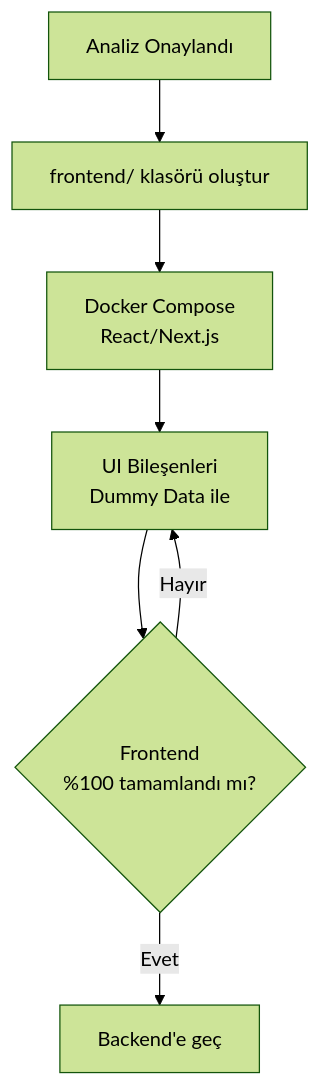
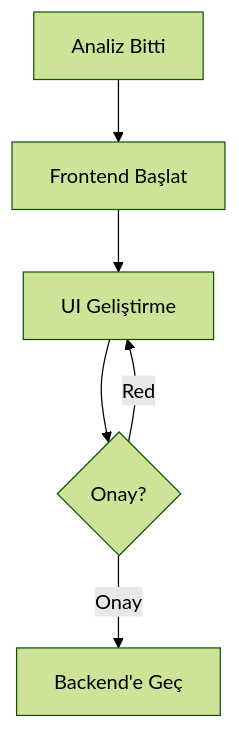
Before and after one commit to atifertugrul-kan/havsan-ai-coding-mimari-app: the second of 3 diagrams in README.md, drawn with Mermaid (forest theme). The commit also changed other lines of this file and 3 other files, not shown here.

````diff
--- a/README.md
+++ b/README.md
@@ -120,9 +40,8 @@
 ```mermaid
 graph TD
-    A[Analiz Onaylandı] --> B[frontend/ klasörü oluştur]
-    B --> C[Docker Compose<br/>React/Next.js]
-    C --> D[UI Bileşenleri<br/>Dummy Data ile]
-    D --> E{Frontend<br/>%100 tamamlandı mı?}
-    E -->|Hayır| D
-    E -->|Evet| F[Backend'e geç]
+    PRD[Analiz Bitti] --> FE[Frontend Başlat]
+    FE --> Dev[UI Geliştirme]
+    Dev --> Rev{Onay?}
+    Rev -- Red --> Dev
+    Rev -- Onay --> Next[Backend'e Geç]
 ```
````
